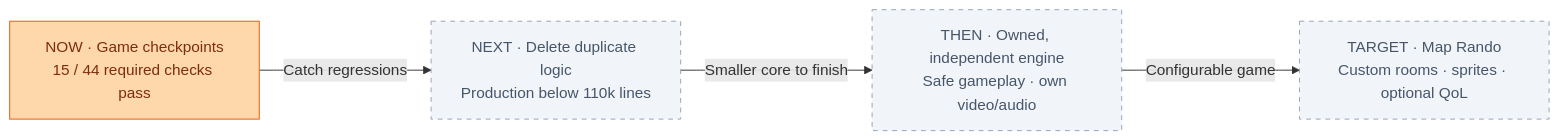
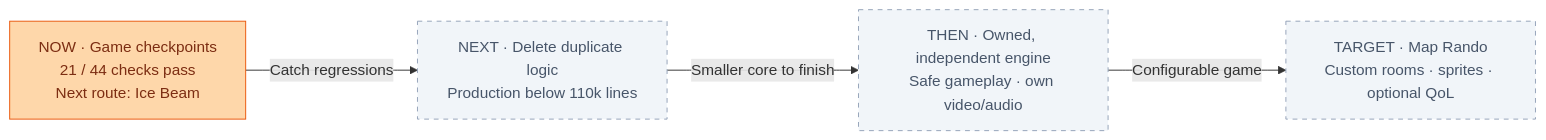
One commit to JimLundin/sm-decomp changed the diagram in PROGRESS.md. Above: the diagram before and after it, drawn with Mermaid. The commit also changed other lines of this file and 8 other files, not shown here.

````diff
--- a/PROGRESS.md
+++ b/PROGRESS.md
@@ -3,12 +3,12 @@
 ```mermaid
 flowchart LR
-    NOW["NOW · Game checkpoints<br/>15 / 44 required checks pass"]:::active
+    NOW["NOW · Game checkpoints<br/>21 / 44 checks pass<br/>Next route: Ice Beam"]:::active
     NEXT["NEXT · Delete duplicate logic<br/>Production below 110k lines"]:::pending
     GAIN["THEN · Owned, independent engine<br/>Safe gameplay · own video/audio"]:::pending
     TARGET["TARGET · Map Rando<br/>Custom rooms · sprites · optional QoL"]:::pending
     NOW -->|Catch regressions| NEXT
     NEXT -->|Smaller core to finish| GAIN
     GAIN -->|Configurable game| TARGET
     classDef active fill:#fed7aa,stroke:#ea580c,color:#7c2d12
     classDef pending fill:#f1f5f9,stroke:#94a3b8,color:#475569,stroke-dasharray:5 5
 ```
````
